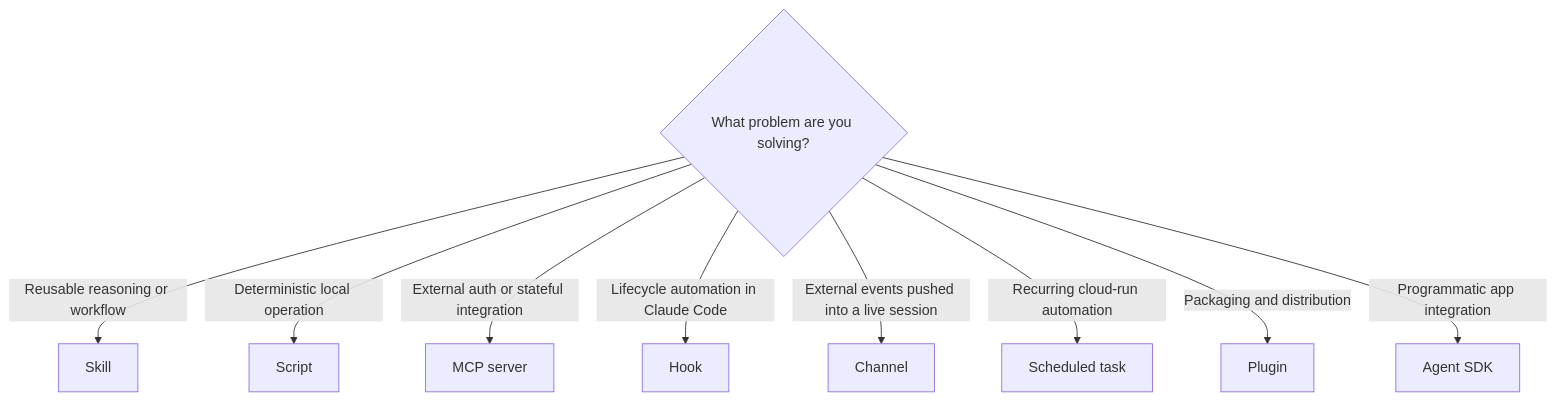
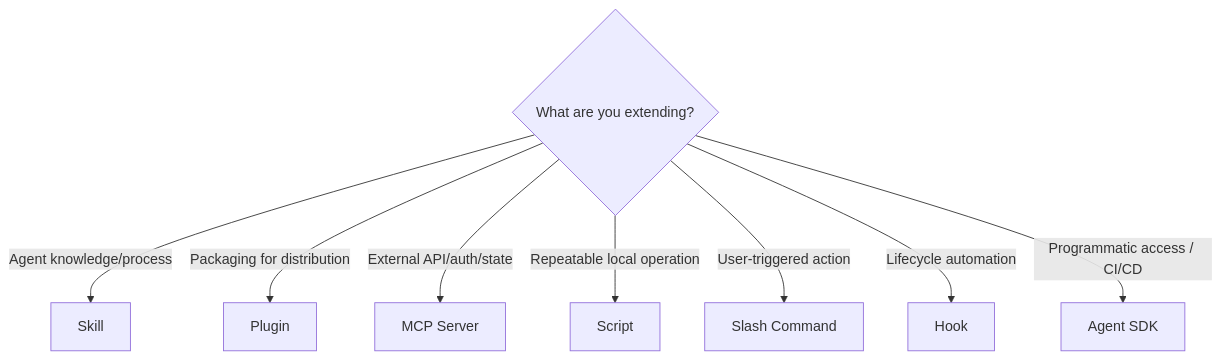
Before and after one commit to curiositech/port-daddy: the diagram in skills/skill-architect/references/claude-extension-taxonomy.md, drawn with Mermaid. The commit also changed other lines of this file and 96 other files, not shown here.

First line of the commit message:
skills: land gpui/Rust/design skill family + skill-architect indexer

````diff
--- a/skills/skill-architect/references/claude-extension-taxonomy.md
+++ b/skills/skill-architect/references/claude-extension-taxonomy.md
@@ -7,12 +11,10 @@
 ```mermaid
 flowchart TD
-  A{What problem are you solving?}
-  A -->|Reusable reasoning or workflow| B[Skill]
-  A -->|Deterministic local operation| C[Script]
-  A -->|External auth or stateful integration| D[MCP server]
-  A -->|Lifecycle automation in Claude Code| E[Hook]
-  A -->|External events pushed into a live session| F[Channel]
-  A -->|Recurring cloud-run automation| G[Scheduled task]
-  A -->|Packaging and distribution| H[Plugin]
-  A -->|Programmatic app integration| I[Agent SDK]
+  A{What are you extending?} -->|Agent knowledge/process| B[Skill]
+  A -->|Packaging for distribution| P[Plugin]
+  A -->|External API/auth/state| C[MCP Server]
+  A -->|Repeatable local operation| D[Script]
+  A -->|User-triggered action| E[Slash Command]
+  A -->|Lifecycle automation| F[Hook]
+  A -->|Programmatic access / CI/CD| G[Agent SDK]
 ```
````
